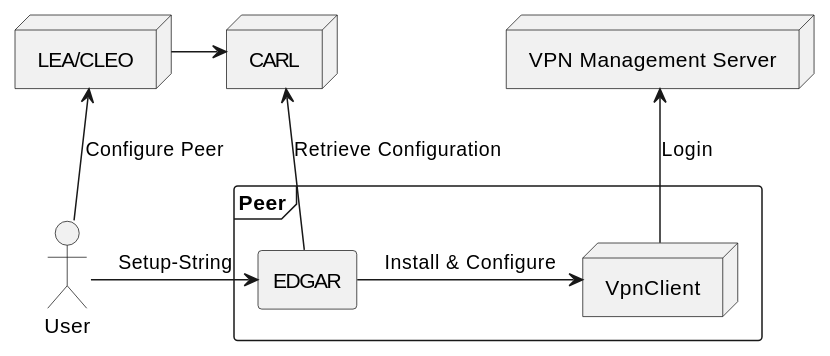
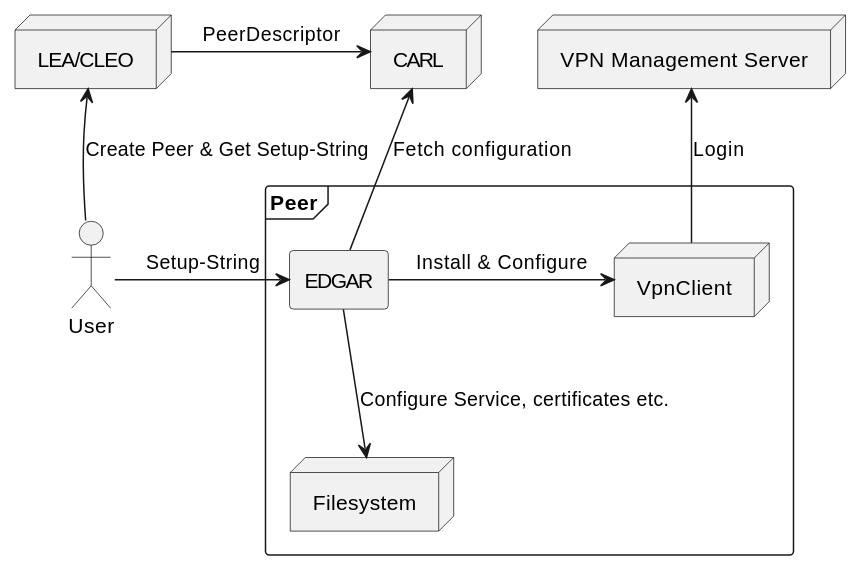
The first of 2 diagrams in doc/src/architecture/edgar/index.md (eclipse-opendut/opendut), drawn with PlantUML before and after one commit. The commit also changed other lines of this file and 2 other files, not shown here.

Commit message:
Doc -> Integrate feedback into architecture overviews.

````diff
--- a/doc/src/architecture/edgar/index.md
+++ b/doc/src/architecture/edgar/index.md
@@ -4,24 +4,26 @@
 ```plantuml
 @startuml
 node "LEA/CLEO" as UI
 actor "User"
 
 frame Peer {
+  agent EDGAR
   node VpnClient
-  agent EDGAR
+  node Filesystem
 }
 node CARL
 node "VPN Management Server"
 
-UI <-- User : Configure Peer
+UI <-- User : Create Peer & Get Setup-String
 User -> EDGAR : Setup-String
-UI -> CARL
+UI -> CARL : PeerDescriptor
 
-CARL <-- EDGAR : Retrieve Configuration
+CARL <-- EDGAR : Fetch configuration
 
 EDGAR -> VpnClient : Install & Configure
+EDGAR --> Filesystem : Configure Service, certificates etc.
 
 "VPN Management Server" <-- VpnClient : Login
 
 @enduml
 ```
````
